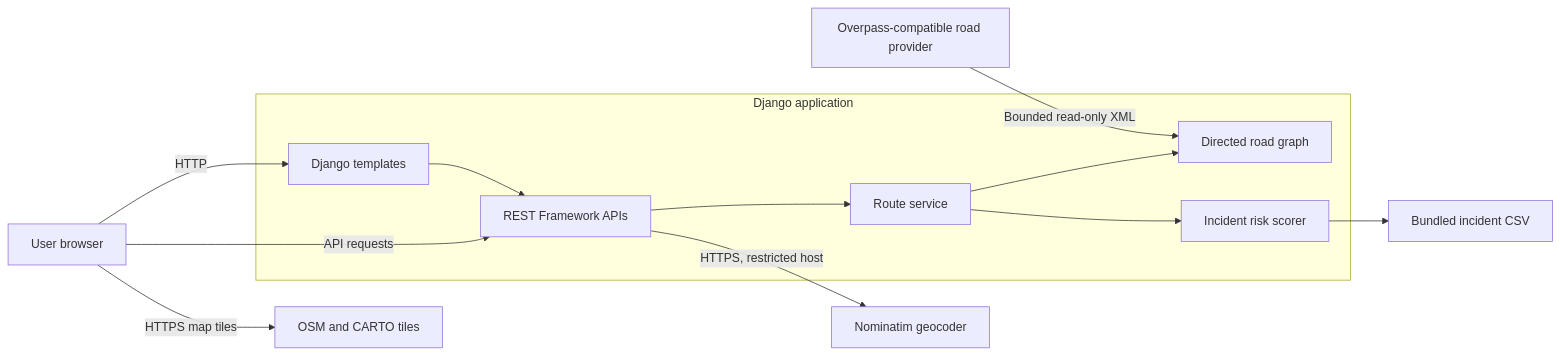
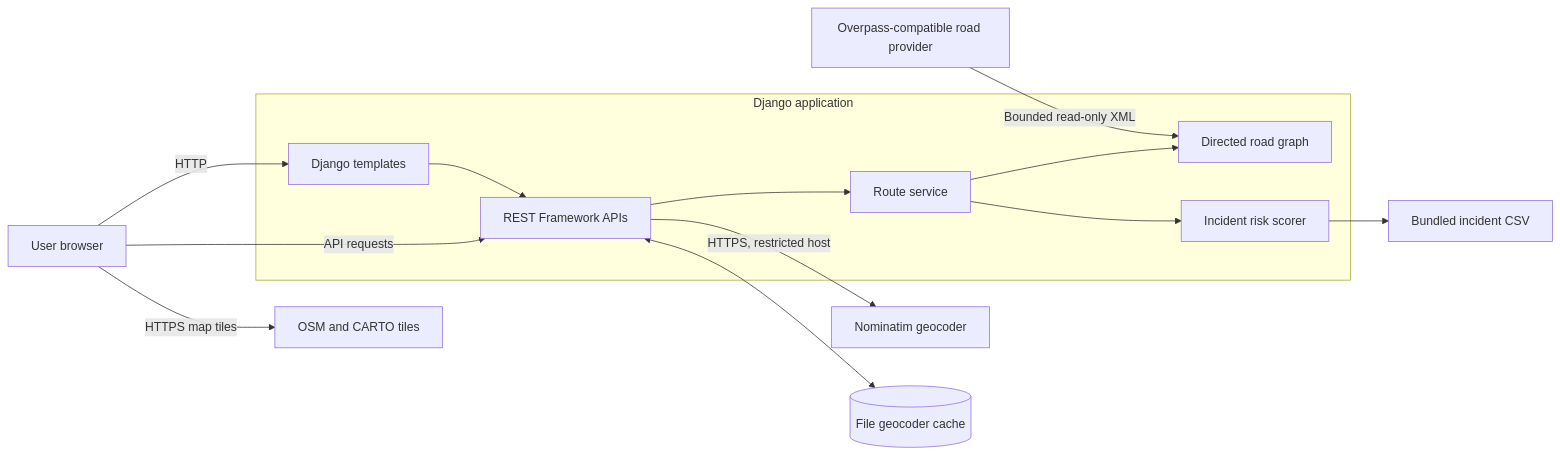
Before and after one commit to K2K22K2K22/SafePath: the first of 6 diagrams in docs/ARCHITECTURE.md, drawn with Mermaid. The commit also changed other lines of this file and 22 other files, not shown here.

````diff
--- a/docs/ARCHITECTURE.md
+++ b/docs/ARCHITECTURE.md
@@ -11,28 +11,30 @@
 ```mermaid
 flowchart LR
     User[User browser]
 
     subgraph Django[Django application]
         UI[Django templates]
         API[REST Framework APIs]
         Service[Route service]
         Graph[Directed road graph]
         Risk[Incident risk scorer]
     end
 
     OSM[Overpass-compatible road provider]
     Geo[Nominatim geocoder]
     CSV[Bundled incident CSV]
+    Cache[(File geocoder cache)]
     Tiles[OSM and CARTO tiles]
 
     User -->|HTTP| UI
     User -->|API requests| API
     UI --> API
     API --> Service
     Service --> Graph
     Service --> Risk
     Risk --> CSV
     OSM -->|Bounded read-only XML| Graph
     API -->|HTTPS, restricted host| Geo
+    API <--> Cache
     User -->|HTTPS map tiles| Tiles
 ```
````
